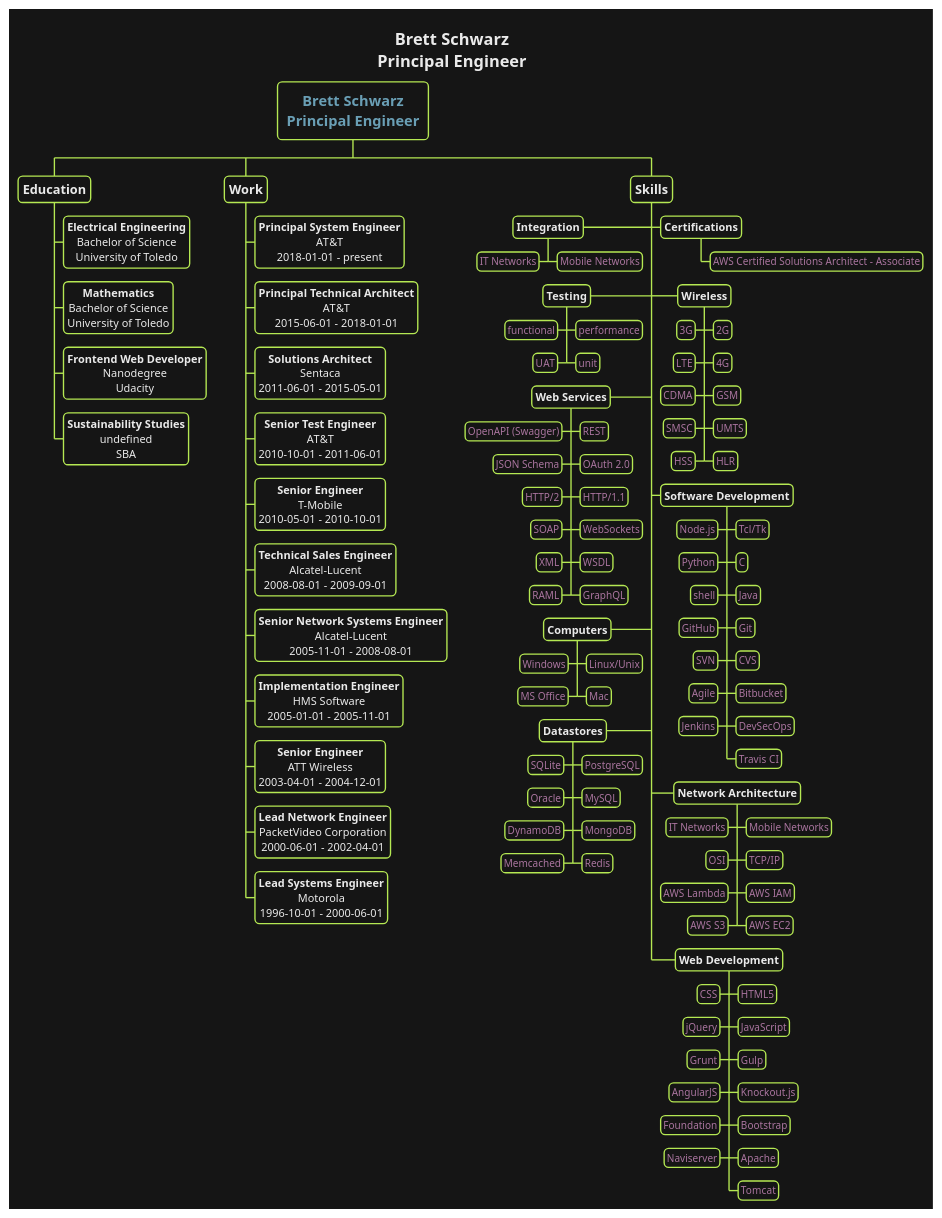
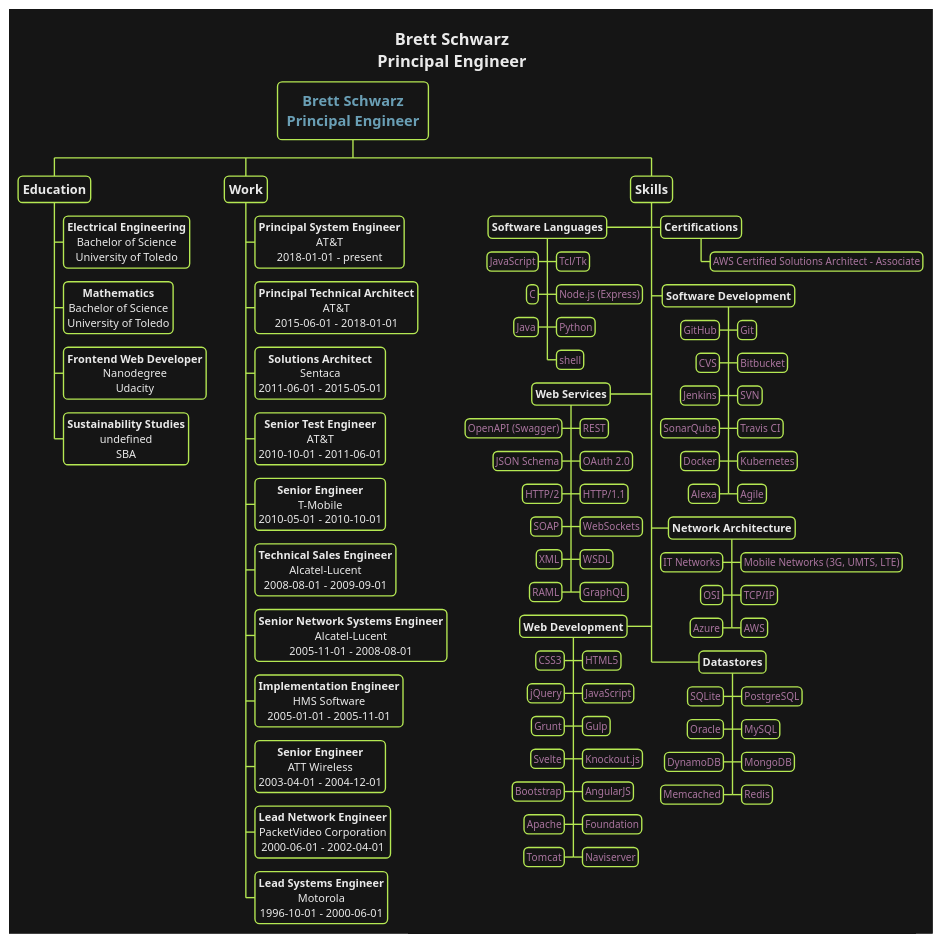
The diagram in assets/files/resume-dark.puml (bschwarz/bschwarz.github.io), drawn with PlantUML before and after one commit.

Commit message:
Updates the skills

```diff
--- a/assets/files/resume-dark.puml
+++ b/assets/files/resume-dark.puml
@@ -1,153 +1,134 @@
 @startwbs
-
 
 skinparam backgroundColor transparent
 
 
 skinparam  {
     defaultFontName   "Verdana"
     defaultFontSize   12
     defaultTextAlignment center
     shadowing false
     RoundCorner 10
     TitleFontSize 18
     TitleFontColor #eaeaea
 }
 <style>
 wbsDiagram {
     LineColor #b5e853
     BorderThickness 3
     BackgroundColor #151515
     FontColor #eaeaea
     :depth(0) {
         fontSize 16
         fontStyle bold
         fontColor #6a9fb5
     }
     :depth(1) {
         fontSize 14
         padding 5
         fontStyle bold
     }
     :depth(2) {
         fontSize 12
         padding 4
     }
     :depth(3) {
         fontSize 11
         padding 3
         fontColor #aa759f
     }
 
 }
 </style>
 
+
+
 title Brett Schwarz\nPrincipal Engineer
 
 * Brett Schwarz\nPrincipal Engineer
 ** Education
 *** <b>Electrical Engineering\nBachelor of Science\nUniversity of Toledo
 *** <b>Mathematics\nBachelor of Science\nUniversity of Toledo
 *** <b>Frontend Web Developer\nNanodegree\nUdacity
 *** <b>Sustainability Studies\nundefined\nSBA
 ** Work
 *** <b>Principal System Engineer\nAT&T\n2018-01-01 - present
 *** <b>Principal Technical Architect\nAT&T\n2015-06-01 - 2018-01-01
 *** <b>Solutions Architect\nSentaca\n2011-06-01 - 2015-05-01
 *** <b>Senior Test Engineer\nAT&T\n2010-10-01 - 2011-06-01
 *** <b>Senior Engineer\nT-Mobile\n2010-05-01 - 2010-10-01
 *** <b>Technical Sales Engineer\nAlcatel-Lucent\n2008-08-01 - 2009-09-01
 *** <b>Senior Network Systems Engineer\nAlcatel-Lucent\n2005-11-01 - 2008-08-01
 *** <b>Implementation Engineer\nHMS Software\n2005-01-01 - 2005-11-01
 *** <b>Senior Engineer\nATT Wireless\n2003-04-01 - 2004-12-01
 *** <b>Lead Network Engineer\nPacketVideo Corporation\n2000-06-01 - 2002-04-01
 *** <b>Lead Systems Engineer\nMotorola\n1996-10-01 - 2000-06-01
 ** Skills
 ***> <b>Certifications
 ****> AWS Certified Solutions Architect - Associate
-***< <b>Integration
-****> Mobile Networks
-****< IT Networks
-***> <b>Wireless
-****> 2G
-****< 3G
-****> 4G
-****< LTE
-****> GSM
-****< CDMA
-****> UMTS
-****< SMSC
-****> HLR
-****< HSS
-***< <b>Testing
-****> performance
-****< functional
-****> unit
-****< UAT
+***< <b>Software Languages
+****> Tcl/Tk
+****< JavaScript
+****> Node.js (Express)
+****< C
+****> Python
+****< Java
+****> shell
 ***> <b>Software Development
-****> Tcl/Tk
-****< Node.js
-****> C
-****< Python
-****> Java
-****< shell
 ****> Git
 ****< GitHub
-****> CVS
-****< SVN
 ****> Bitbucket
-****< Agile
-****> DevSecOps
+****< CVS
+****> SVN
 ****< Jenkins
 ****> Travis CI
+****< SonarQube
+****> Kubernetes
+****< Docker
+****> Agile
+****< Alexa
 ***< <b>Web Services
 ****> REST
 ****< OpenAPI (Swagger)
 ****> OAuth 2.0
 ****< JSON Schema
 ****> HTTP/1.1
 ****< HTTP/2
 ****> WebSockets
 ****< SOAP
 ****> WSDL
 ****< XML
 ****> GraphQL
 ****< RAML
 ***> <b>Network Architecture
-****> Mobile Networks
+****> Mobile Networks (3G, UMTS, LTE)
 ****< IT Networks
 ****> TCP/IP
 ****< OSI
-****> AWS IAM
-****< AWS Lambda
-****> AWS EC2
-****< AWS S3
-***< <b>Computers
-****> Linux/Unix
-****< Windows
-****> Mac
-****< MS Office
-***> <b>Web Development
+****> AWS
+****< Azure
+***< <b>Web Development
 ****> HTML5
-****< CSS
+****< CSS3
 ****> JavaScript
 ****< jQuery
 ****> Gulp
 ****< Grunt
 ****> Knockout.js
-****< AngularJS
-****> Bootstrap
-****< Foundation
-****> Apache
-****< Naviserver
-****> Tomcat
-***< <b>Datastores
+****< Svelte
+****> AngularJS
+****< Bootstrap
+****> Foundation
+****< Apache
+****> Naviserver
+****< Tomcat
+***> <b>Datastores
 ****> PostgreSQL
 ****< SQLite
 ****> MySQL
 ****< Oracle
 ****> MongoDB
 ****< DynamoDB
 ****> Redis
 ****< Memcached
 @endwbs
```
